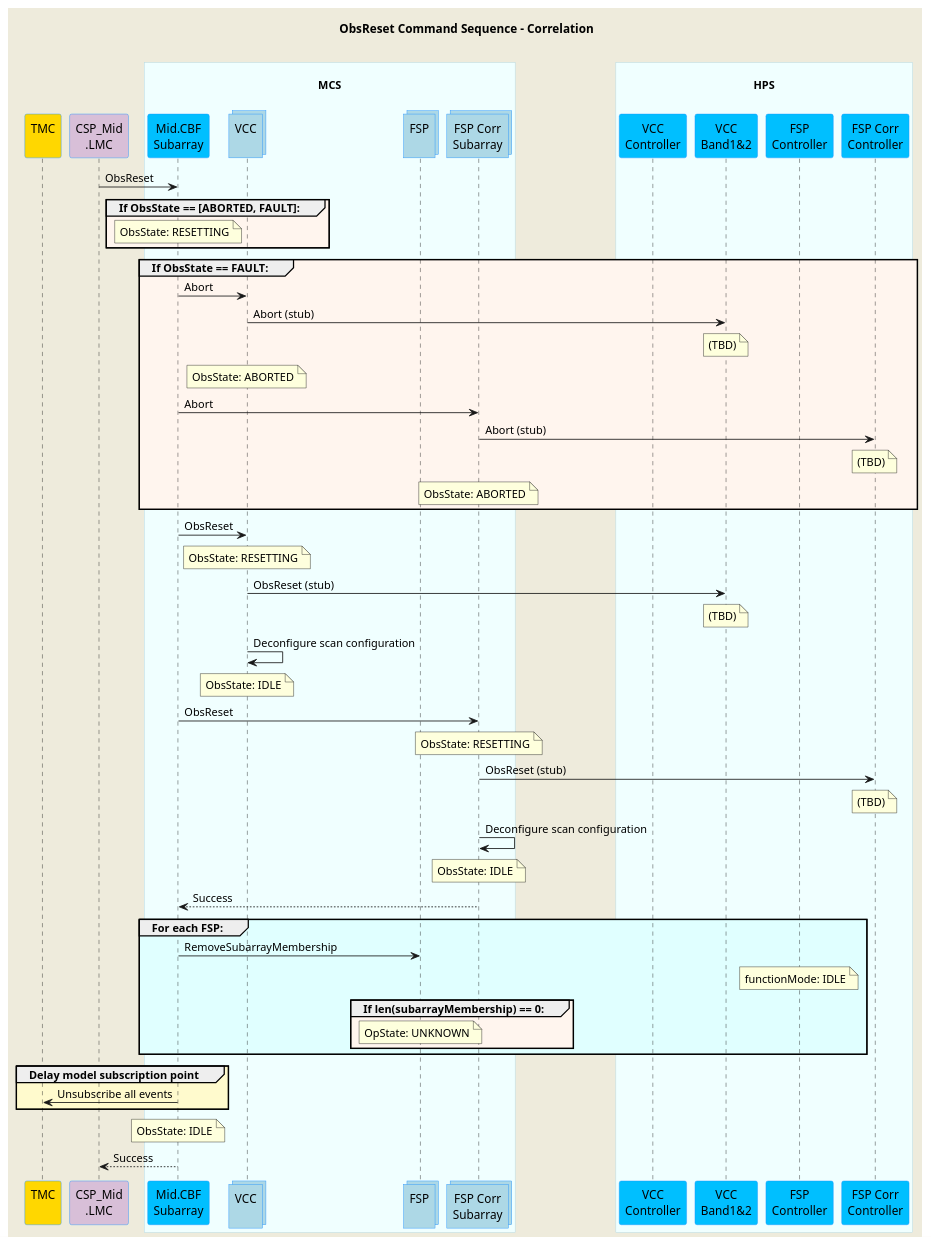
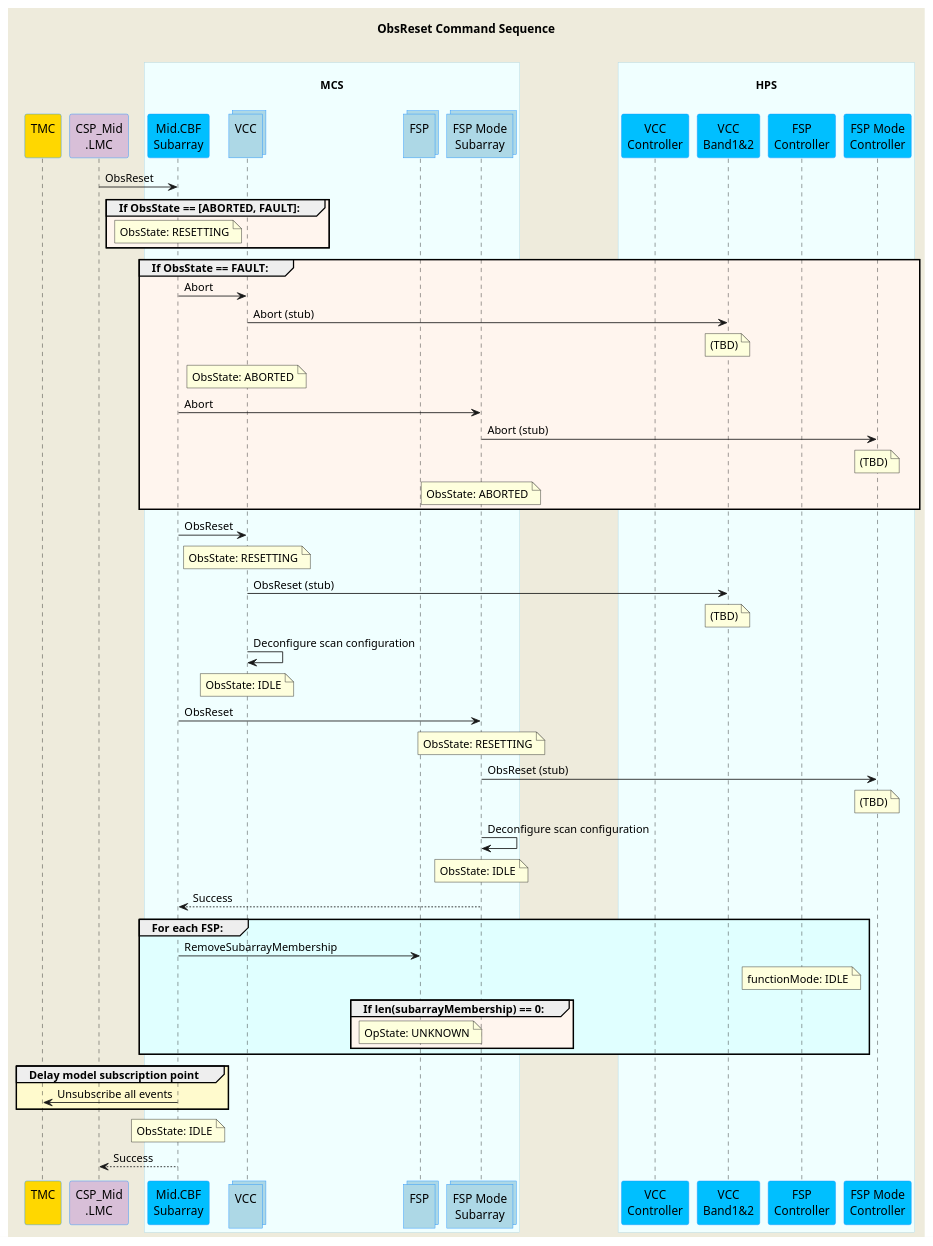
One commit to ska-telescope/mid-cbf-mcs changed the diagram in docs/src/diagrams/obsreset-command.puml. Above: the diagram before and after it, drawn with PlantUML. The commit also changed 4 other files, not shown here.

```diff
--- a/docs/src/diagrams/obsreset-command.puml
+++ b/docs/src/diagrams/obsreset-command.puml
@@ -1,86 +1,86 @@
 @startuml
 'https://plantuml.com/sequence-diagram
 
 skinparam backgroundColor #EEEBDC
 skinparam sequence {
   ParticipantBorderColor DodgerBlue
   ParticipantBackgroundColor DeepSkyBlue
   ActorBorderColor DarkGreen
   ActorBackgroundColor Green
   BoxBorderColor LightBlue
   BoxBackgroundColor #F0FFFF
 }
 skinparam collections {
   BackGroundColor LightBlue
   BorderColor DodgerBlue
 }
 skinparam database {
   BackgroundColor LightGreen
   BorderColor DarkGreen
 }
 
-title ObsReset Command Sequence - Correlation\n
+title ObsReset Command Sequence \n
 
 participant "TMC\n" as tmc #Gold
 participant "CSP_Mid\n.LMC" as lmc #Thistle
 box "\nMCS\n"
   participant "Mid.CBF\nSubarray" as subarray
   collections "VCC\n" as vcc
   collections "FSP\n" as fsp
-  collections "FSP Corr\nSubarray" as fspsubarray
+  collections "FSP Mode\nSubarray" as fspsubarray
 end box
 box "\nHPS\n"
   participant "VCC\nController" as hpsvcc
   participant "VCC\nBand1&2" as hpsvccband
   participant "FSP\nController" as hpsfsp_cont  
-  participant "FSP Corr\nController" as hpsfsp
+  participant "FSP Mode\nController" as hpsfsp
 end box
 
 lmc         ->  subarray      : ObsReset
 
 group #SeaShell If ObsState == [ABORTED, FAULT]:
   note over subarray           : ObsState: RESETTING
 end group
 
 group #SeaShell If ObsState == FAULT:
   subarray    ->  vcc           : Abort
   vcc         ->  hpsvccband    : Abort (stub)
   note over hpsvccband          : (TBD)
   note over vcc                 : ObsState: ABORTED
   subarray    ->  fspsubarray   : Abort
   fspsubarray ->  hpsfsp        : Abort (stub)
   note over hpsfsp              : (TBD)
   note over fspsubarray         : ObsState: ABORTED
 end group
 
 subarray    ->  vcc           : ObsReset
 note over vcc                 : ObsState: RESETTING
 vcc         ->  hpsvccband    : ObsReset (stub)
 note over hpsvccband          : (TBD)
 vcc         ->  vcc           : Deconfigure scan configuration 
 note over vcc                 : ObsState: IDLE
 
 subarray    ->  fspsubarray   : ObsReset
 note over fspsubarray         : ObsState: RESETTING
 fspsubarray ->  hpsfsp        : ObsReset (stub)
 note over hpsfsp              : (TBD)
 fspsubarray ->  fspsubarray   : Deconfigure scan configuration
 note over fspsubarray         : ObsState: IDLE
 subarray    <--  fspsubarray  : Success
 
 group #LightCyan For each FSP:
     subarray    -> fsp        : RemoveSubarrayMembership
     note over hpsfsp_cont     : functionMode: IDLE
     group #SeaShell If len(subarrayMembership) == 0:
       note over fsp           : OpState: UNKNOWN
     end group
 end group
 
 group #LemonChiffon Delay model subscription point
     subarray    -> tmc        : Unsubscribe all events
 end group
 
 note over subarray            : ObsState: IDLE
 lmc        <--  subarray      : Success
 
 @enduml
```
